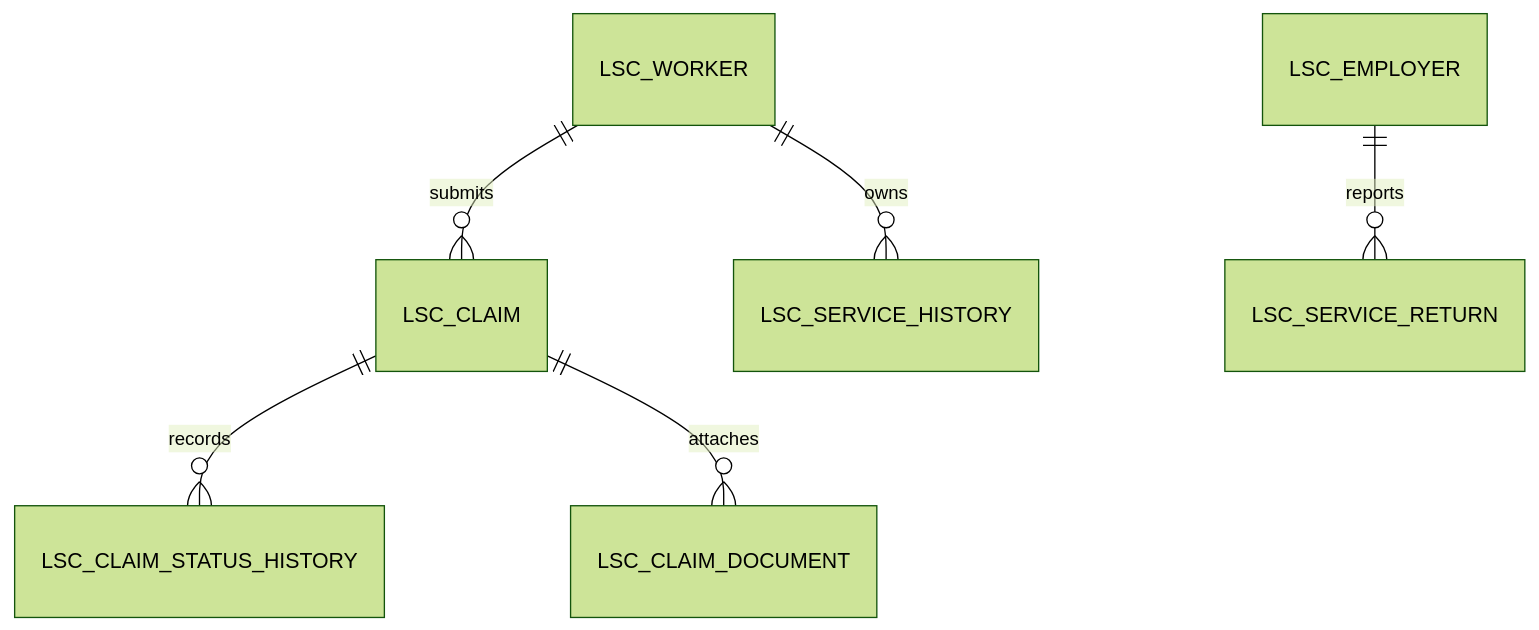
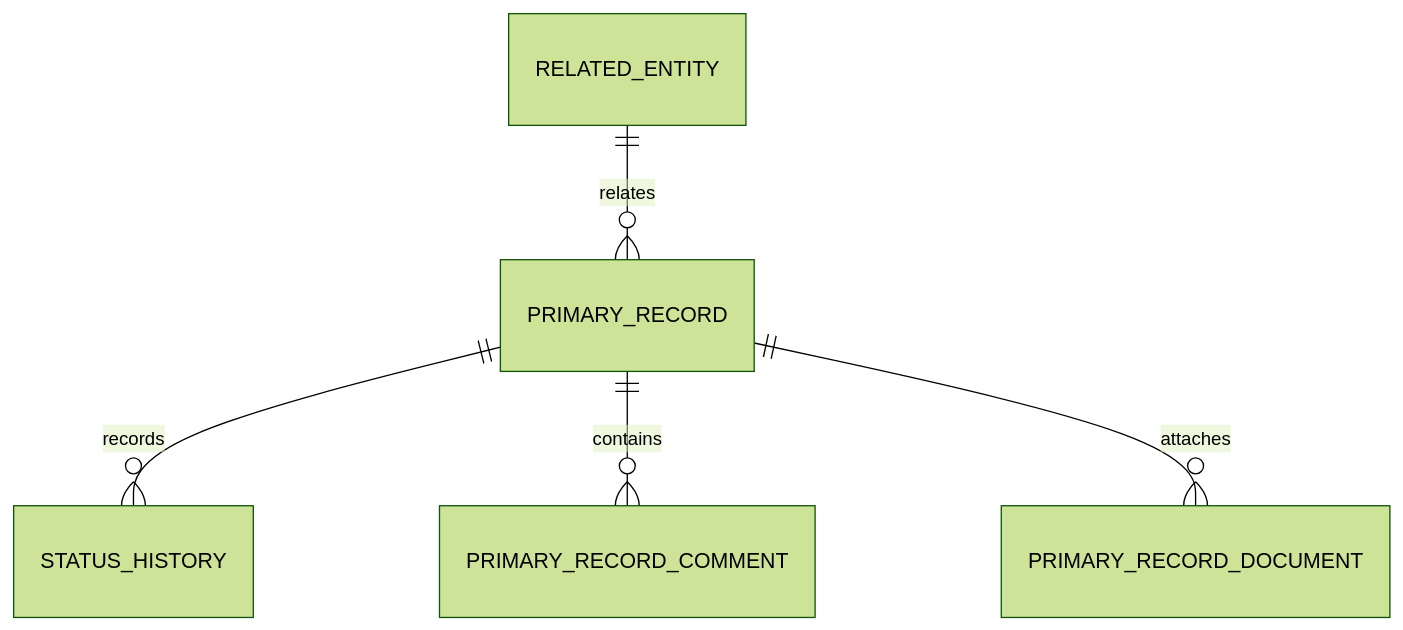
One commit to ankitBhaskar/appianTestCode changed the fourth of 7 diagrams in docs/appian-26-4/templates/ARCHITECTURE_DOCUMENT_TEMPLATE.md. Above: the diagram before and after it, drawn with Mermaid (forest theme). The commit also changed other lines of this file, not shown here.

Commit message:
Remove LSC examples from architecture template

````diff
--- a/docs/appian-26-4/templates/ARCHITECTURE_DOCUMENT_TEMPLATE.md
+++ b/docs/appian-26-4/templates/ARCHITECTURE_DOCUMENT_TEMPLATE.md
@@ -435,8 +348,7 @@
 ```mermaid
 erDiagram
-  LSC_WORKER ||--o{ LSC_CLAIM : submits
-  LSC_EMPLOYER ||--o{ LSC_SERVICE_RETURN : reports
-  LSC_WORKER ||--o{ LSC_SERVICE_HISTORY : owns
-  LSC_CLAIM ||--o{ LSC_CLAIM_STATUS_HISTORY : records
-  LSC_CLAIM ||--o{ LSC_CLAIM_DOCUMENT : attaches
+  PRIMARY_RECORD ||--o{ STATUS_HISTORY : records
+  PRIMARY_RECORD ||--o{ PRIMARY_RECORD_COMMENT : contains
+  PRIMARY_RECORD ||--o{ PRIMARY_RECORD_DOCUMENT : attaches
+  RELATED_ENTITY ||--o{ PRIMARY_RECORD : relates
 ```
````
